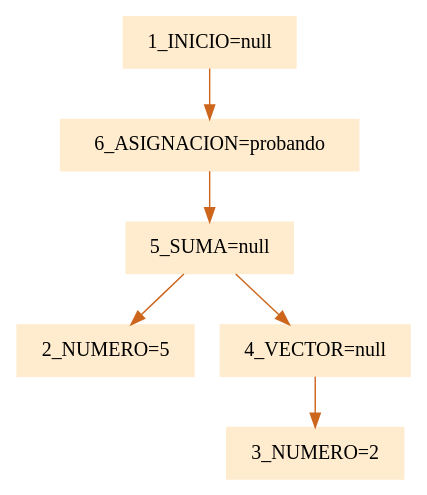
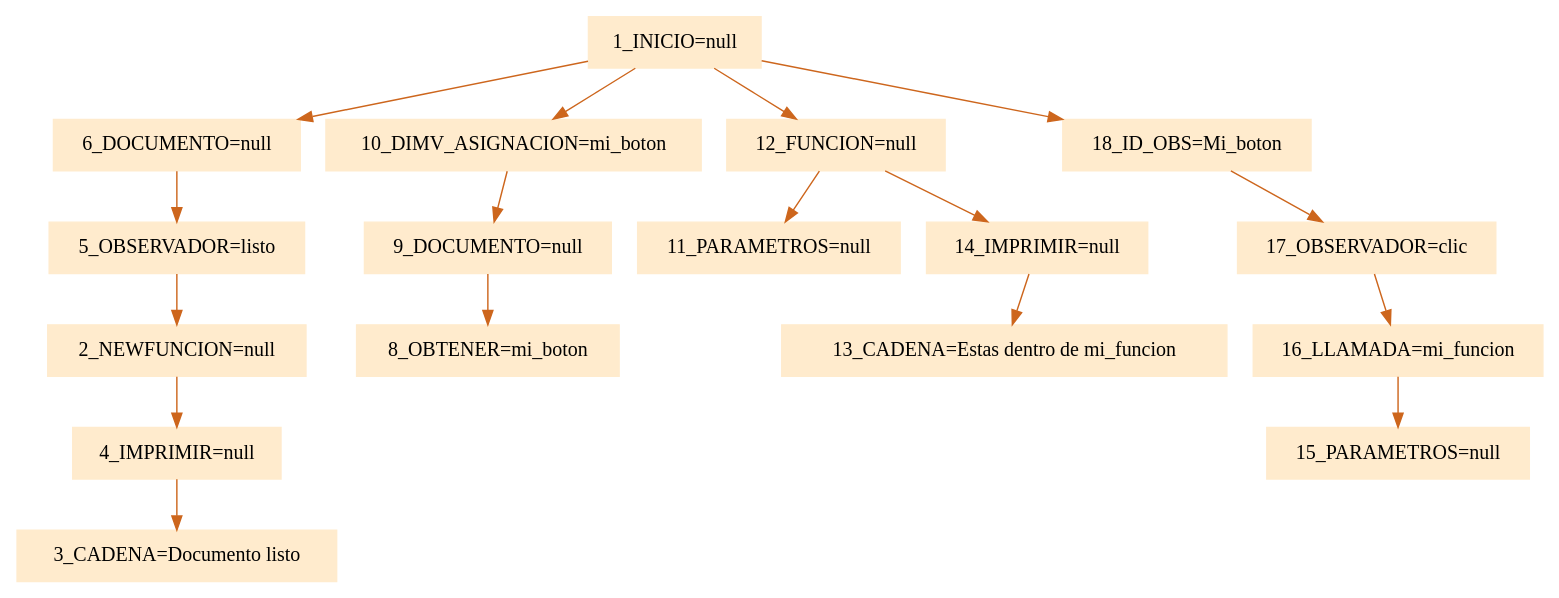
One commit to JamesMelgar/Proye1_Compi2018 changed the diagram in proye1_compi2018/arbol.dot. Above: the diagram before and after it, drawn with Graphviz. The commit also changed 7 other files, not shown here.

```diff
--- a/proye1_compi2018/arbol.dot
+++ b/proye1_compi2018/arbol.dot
@@ -1,5 +1,5 @@
 digraph G {node[shape=box, style=filled, color=blanchedalmond]; edge[color=chocolate3];rankdir=UD 
 
-"1_INICIO=null"->"6_ASIGNACION=probando""6_ASIGNACION=probando"->"5_SUMA=null""5_SUMA=null"->"2_NUMERO=5""5_SUMA=null"->"4_VECTOR=null""4_VECTOR=null"->"3_NUMERO=2"
+"1_INICIO=null"->"6_DOCUMENTO=null""6_DOCUMENTO=null"->"5_OBSERVADOR=listo""5_OBSERVADOR=listo"->"2_NEWFUNCION=null""2_NEWFUNCION=null"->"4_IMPRIMIR=null""4_IMPRIMIR=null"->"3_CADENA=Documento listo""1_INICIO=null"->"10_DIMV_ASIGNACION=mi_boton""10_DIMV_ASIGNACION=mi_boton"->"9_DOCUMENTO=null""9_DOCUMENTO=null"->"8_OBTENER=mi_boton""1_INICIO=null"->"12_FUNCION=null""12_FUNCION=null"->"11_PARAMETROS=null""12_FUNCION=null"->"14_IMPRIMIR=null""14_IMPRIMIR=null"->"13_CADENA=Estas dentro de mi_funcion""1_INICIO=null"->"18_ID_OBS=Mi_boton""18_ID_OBS=Mi_boton"->"17_OBSERVADOR=clic""17_OBSERVADOR=clic"->"16_LLAMADA=mi_funcion""16_LLAMADA=mi_funcion"->"15_PARAMETROS=null"
 
 }
```
